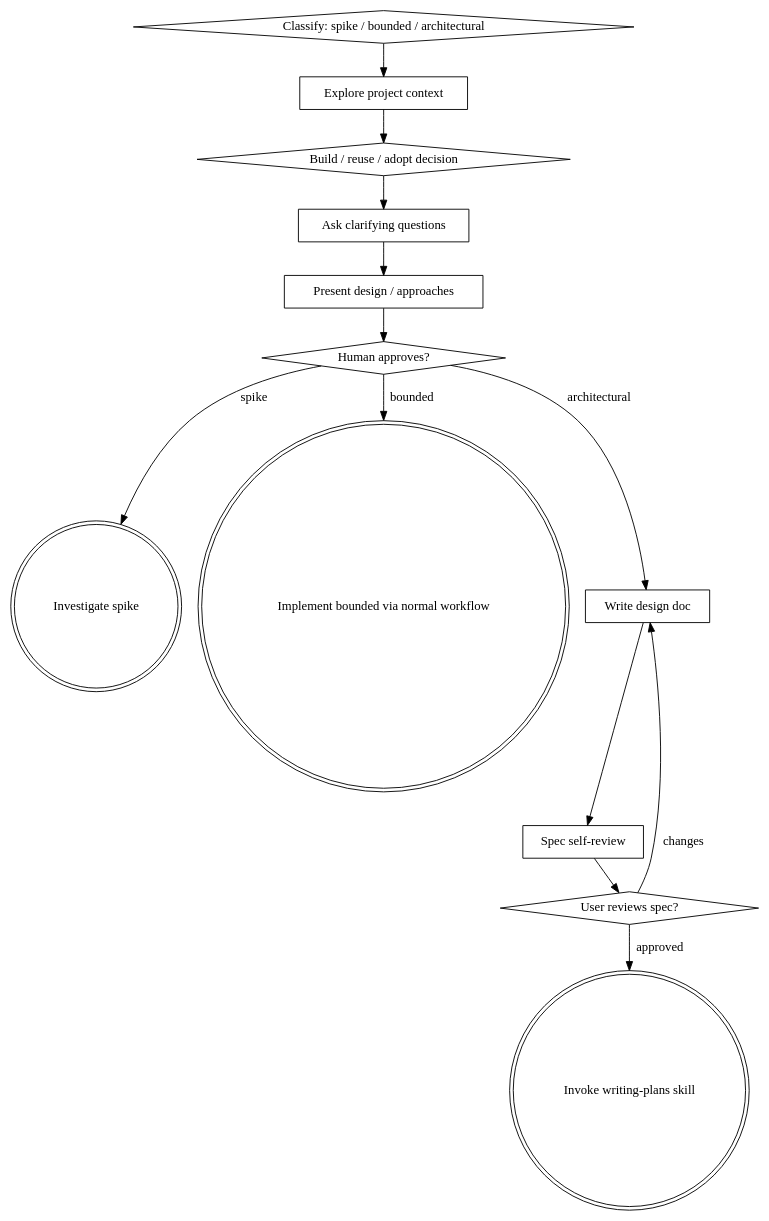
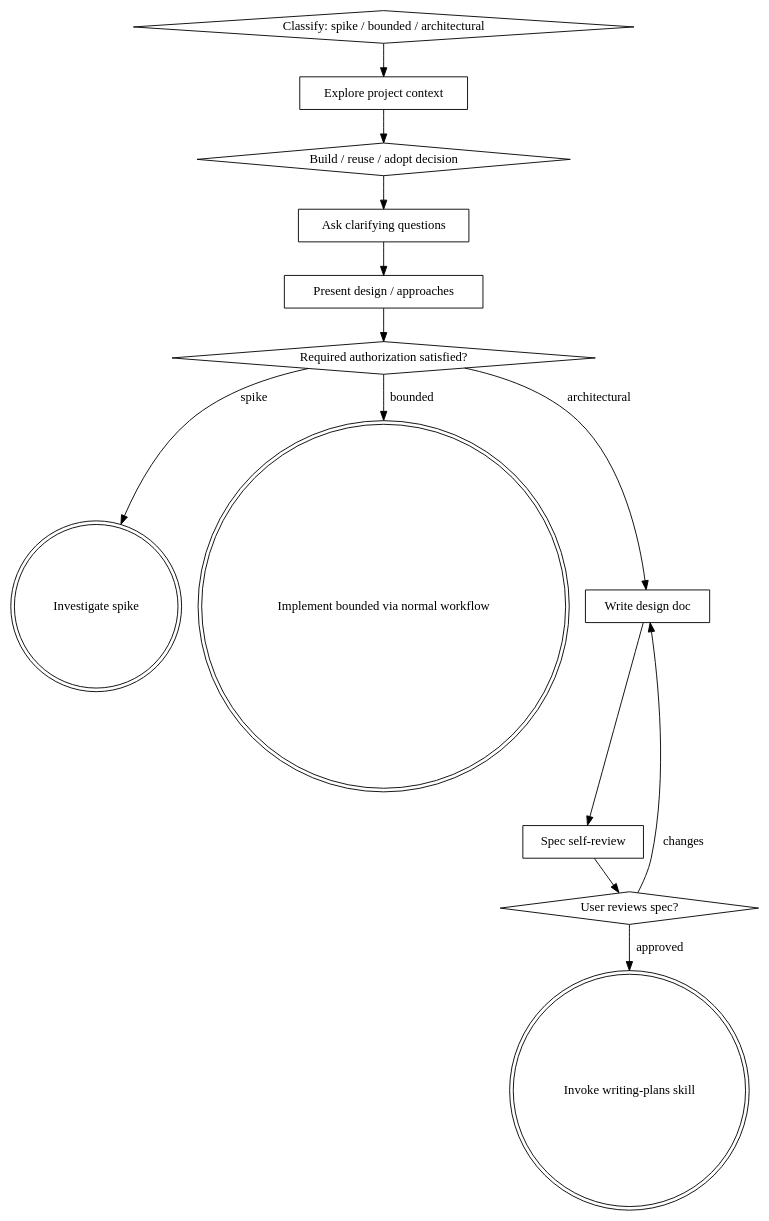
The diagram in skills/brainstorming/SKILL.md (chris-han/livingware-engineer), drawn with Graphviz before and after one commit. The commit also changed other lines of this file and 20 other files, not shown here.

````diff
--- a/skills/brainstorming/SKILL.md
+++ b/skills/brainstorming/SKILL.md
@@ -134,29 +121,29 @@
 ```dot
 digraph brainstorming {
     "Classify: spike / bounded / architectural" [shape=diamond];
     "Explore project context" [shape=box];
     "Build / reuse / adopt decision" [shape=diamond];
     "Ask clarifying questions" [shape=box];
     "Present design / approaches" [shape=box];
-    "Human approves?" [shape=diamond];
+    "Required authorization satisfied?" [shape=diamond];
     "Investigate spike" [shape=doublecircle];
     "Implement bounded via normal workflow" [shape=doublecircle];
     "Write design doc" [shape=box];
     "Spec self-review" [shape=box];
     "User reviews spec?" [shape=diamond];
     "Invoke writing-plans skill" [shape=doublecircle];
 
     "Classify: spike / bounded / architectural" -> "Explore project context";
     "Explore project context" -> "Build / reuse / adopt decision";
     "Build / reuse / adopt decision" -> "Ask clarifying questions";
     "Ask clarifying questions" -> "Present design / approaches";
-    "Present design / approaches" -> "Human approves?";
-    "Human approves?" -> "Investigate spike" [label="spike"];
-    "Human approves?" -> "Implement bounded via normal workflow" [label="bounded"];
-    "Human approves?" -> "Write design doc" [label="architectural"];
+    "Present design / approaches" -> "Required authorization satisfied?";
+    "Required authorization satisfied?" -> "Investigate spike" [label="spike"];
+    "Required authorization satisfied?" -> "Implement bounded via normal workflow" [label="bounded"];
+    "Required authorization satisfied?" -> "Write design doc" [label="architectural"];
     "Write design doc" -> "Spec self-review";
     "Spec self-review" -> "User reviews spec?";
     "User reviews spec?" -> "Write design doc" [label="changes"];
     "User reviews spec?" -> "Invoke writing-plans skill" [label="approved"];
 }
 ```
````
